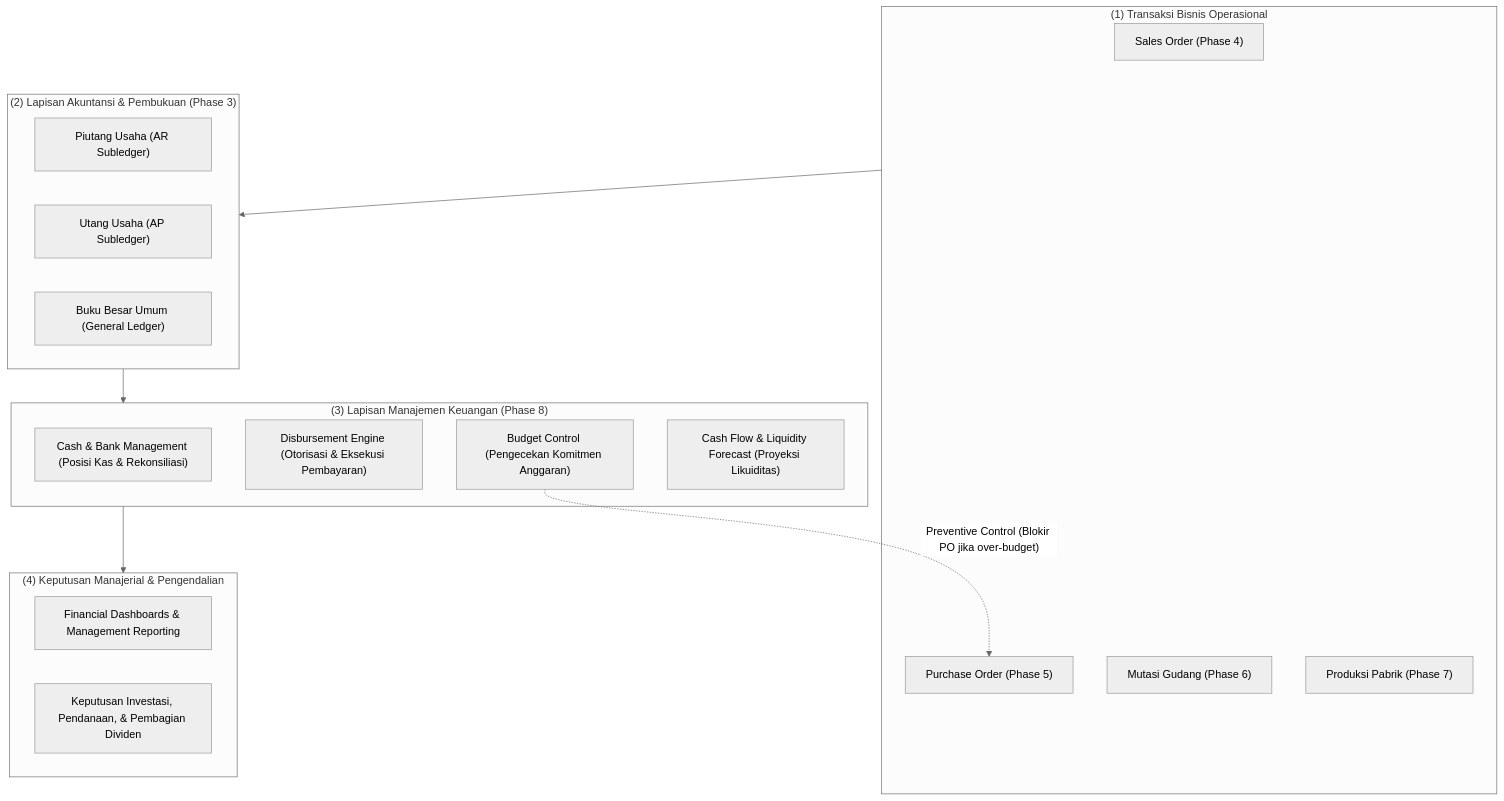
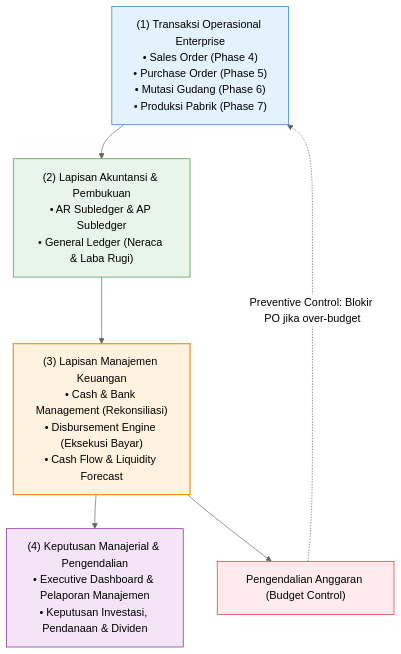
One commit to alimurrofid/erp-notes changed the second of 2 diagrams in content/07-finance/finance-fundamentals.md. Above: the diagram before and after it, drawn with Mermaid (neutral theme). The commit also changed other lines of this file and 58 other files, not shown here.

Commit message:
fix(content):Mermaid Subgraph

````diff
--- a/content/07-finance/finance-fundamentals.md
+++ b/content/07-finance/finance-fundamentals.md
@@ -64,33 +62,28 @@
 ```mermaid
 flowchart TD
-    subgraph Ops["(1) Transaksi Bisnis Operasional"]
-        SO["Sales Order (Phase 4)"]
-        PO["Purchase Order (Phase 5)"]
-        INV["Mutasi Gudang (Phase 6)"]
-        MO["Produksi Pabrik (Phase 7)"]
-    end
+    Ops["(1) Transaksi Operasional Enterprise<br/>• Sales Order (Phase 4)<br/>• Purchase Order (Phase 5)<br/>• Mutasi Gudang (Phase 6)<br/>• Produksi Pabrik (Phase 7)"]
+    Acc["(2) Lapisan Akuntansi & Pembukuan<br/>• AR Subledger & AP Subledger<br/>• General Ledger (Neraca & Laba Rugi)"]
+    Fin["(3) Lapisan Manajemen Keuangan<br/>• Cash & Bank Management (Rekonsiliasi)<br/>• Disbursement Engine (Eksekusi Bayar)<br/>• Cash Flow & Liquidity Forecast"]
+    Exec["(4) Keputusan Manajerial & Pengendalian<br/>• Executive Dashboard & Pelaporan Manajemen<br/>• Keputusan Investasi, Pendanaan & Dividen"]
 
-    subgraph Acc["(2) Lapisan Akuntansi & Pembukuan (Phase 3)"]
-        AR["Piutang Usaha (AR Subledger)"]
-        AP["Utang Usaha (AP Subledger)"]
-        GL["Buku Besar Umum (General Ledger)"]
-    end
-
-    subgraph Fin["(3) Lapisan Manajemen Keuangan (Phase 8)"]
-        CashMgr["Cash & Bank Management (Posisi Kas & Rekonsiliasi)"]
-        PayRun["Disbursement Engine (Otorisasi & Eksekusi Pembayaran)"]
-        Budget["Budget Control (Pengecekan Komitmen Anggaran)"]
-        Forecast["Cash Flow & Liquidity Forecast (Proyeksi Likuiditas)"]
-    end
-
-    subgraph Exec["(4) Keputusan Manajerial & Pengendalian"]
-        Dash["Financial Dashboards & Management Reporting"]
-        Decide["Keputusan Investasi, Pendanaan, & Pembagian Dividen"]
-    end
+    BudgetCtrl["Pengendalian Anggaran (Budget Control)"]
 
     Ops --> Acc
     Acc --> Fin
     Fin --> Exec
     
-    Budget -.->|"Preventive Control (Blokir PO jika over-budget)"| PO
+    Fin --> BudgetCtrl
+    BudgetCtrl -.->|"Preventive Control: Blokir PO jika over-budget"| Ops
+
+    classDef ops fill:#e3f2fd,stroke:#1976d2,stroke-width:1px;
+    classDef acc fill:#e8f5e9,stroke:#388e3c,stroke-width:1px;
+    classDef fin fill:#fff3e0,stroke:#f57c00,stroke-width:1.5px;
+    classDef exec fill:#f3e5f5,stroke:#7b1fa2,stroke-width:1px;
+    classDef ctrl fill:#ffebee,stroke:#d32f2f,stroke-width:1px;
+
+    class Ops ops;
+    class Acc acc;
+    class Fin fin;
+    class Exec exec;
+    class BudgetCtrl ctrl;
 ```
````
